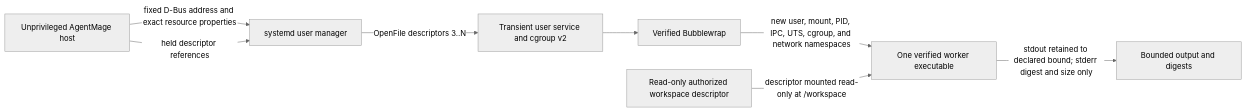
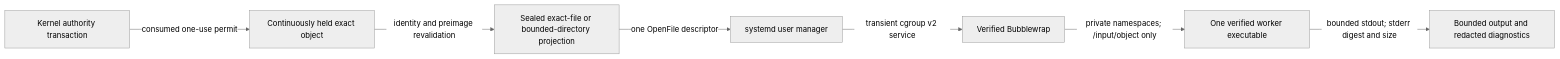
The diagram in docs/architecture/linux-worker-isolation.md (AaronNHorvitz/AgentMage), drawn with Mermaid (neutral theme) before and after one commit. The commit also changed other lines of this file and 27 other files, not shown here.

````diff
--- a/docs/architecture/linux-worker-isolation.md
+++ b/docs/architecture/linux-worker-isolation.md
@@ -13,18 +14,17 @@
 ```mermaid
 flowchart LR
-    K["Unprivileged AgentMage host"]
+    K["Kernel authority transaction"]
+    H["Continuously held exact object"]
+    P["Sealed exact-file or bounded-directory projection"]
     U["systemd user manager"]
-    S["Transient user service and cgroup v2"]
     B["Verified Bubblewrap"]
     W["One verified worker executable"]
-    R["Read-only authorized workspace descriptor"]
-    O["Bounded output and digests"]
+    O["Bounded output and redacted diagnostics"]
 
-    K -->|"fixed D-Bus address and exact resource properties"| U
-    K -->|"held descriptor references"| U
-    U -->|"OpenFile descriptors 3..N"| S
-    S --> B
-    B -->|"new user, mount, PID, IPC, UTS, cgroup, and network namespaces"| W
-    R -->|"descriptor mounted read-only at /workspace"| W
-    W -->|"stdout retained to declared bound; stderr digest and size only"| O
+    K -->|"consumed one-use permit"| H
+    H -->|"identity and preimage revalidation"| P
+    P -->|"one OpenFile descriptor"| U
+    U -->|"transient cgroup v2 service"| B
+    B -->|"private namespaces; /input/object only"| W
+    W -->|"bounded stdout; stderr digest and size"| O
 ```
````
